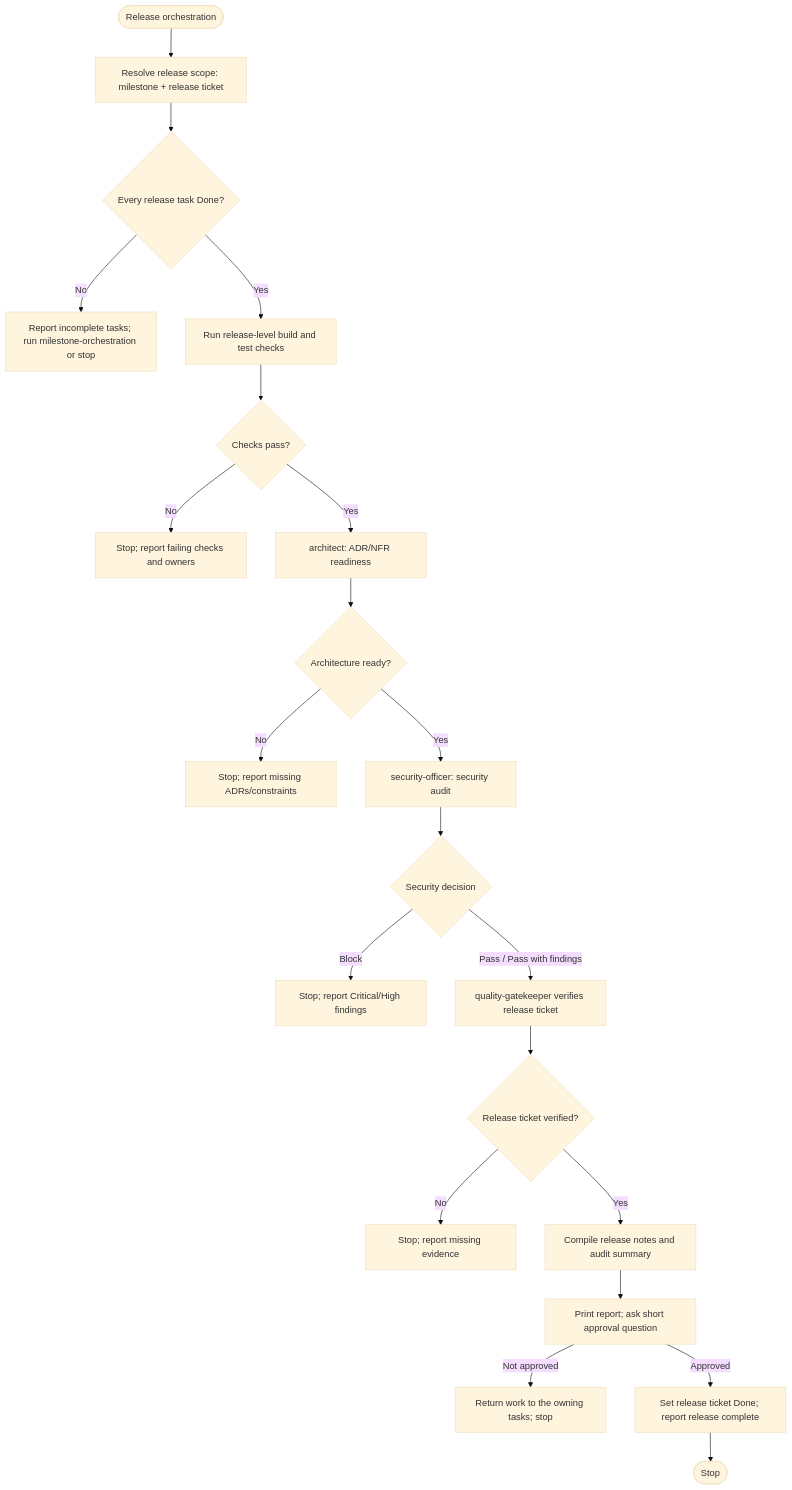
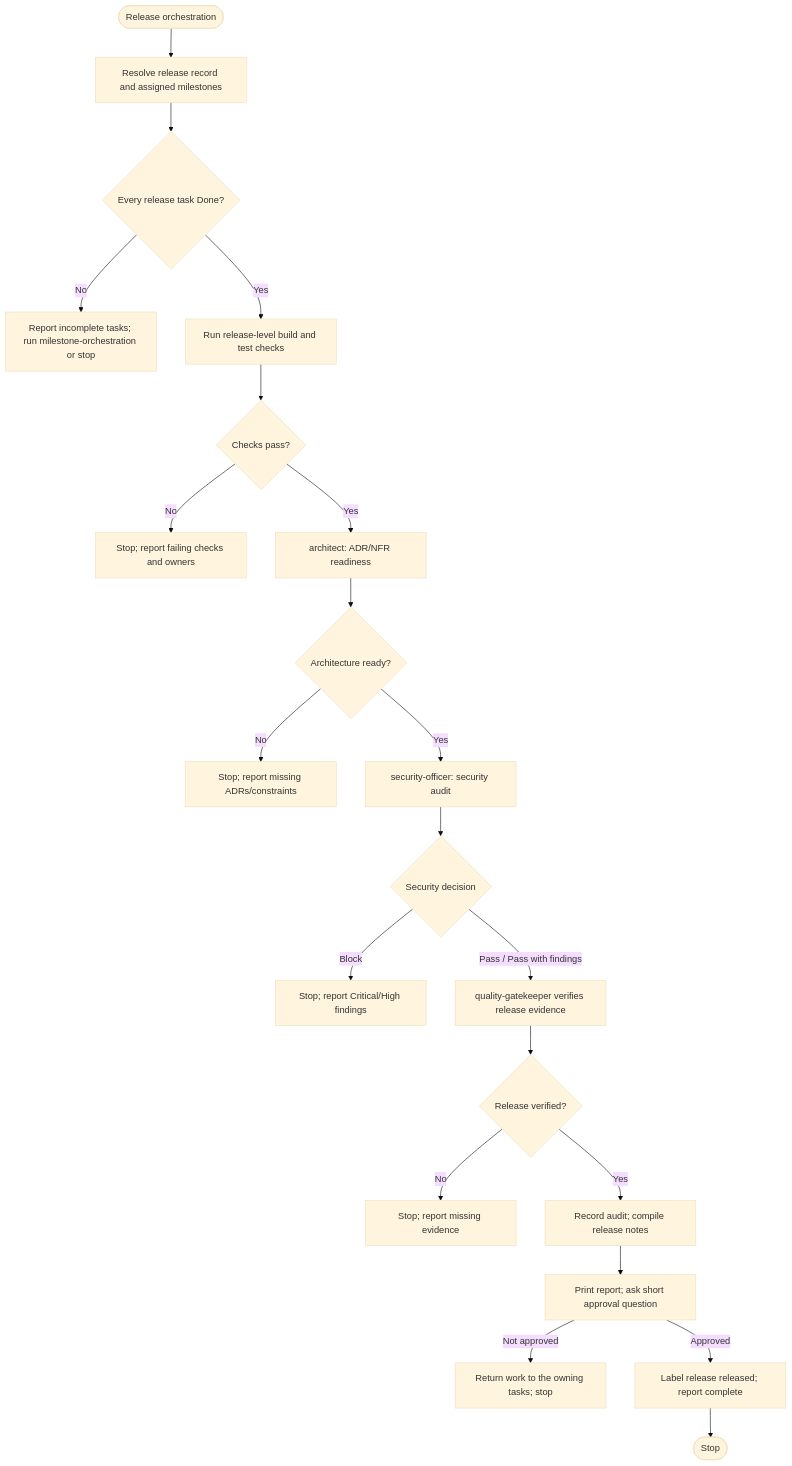
The fifth of 5 diagrams in workflows/orchestrator/README.md (lyndametref/opencode-dev-workflow), drawn with Mermaid (base theme) before and after one commit. The commit also changed other lines of this file and 65 other files, not shown here.

````diff
--- a/workflows/orchestrator/README.md
+++ b/workflows/orchestrator/README.md
@@ -198,23 +206,23 @@
 ```mermaid
 flowchart TD
-    REL([Release orchestration]) --> SCOPE["Resolve release scope: milestone + release ticket"]
+    REL([Release orchestration]) --> SCOPE["Resolve release record and assigned milestones"]
     SCOPE --> CHECK{"Every release task Done?"}
     CHECK -->|"No"| INCOMPLETE["Report incomplete tasks; run milestone-orchestration or stop"]
     CHECK -->|"Yes"| CHECKS["Run release-level build and test checks"]
     CHECKS --> TESTS{"Checks pass?"}
     TESTS -->|"No"| FAIL["Stop; report failing checks and owners"]
     TESTS -->|"Yes"| ARCH["architect: ADR/NFR readiness"]
     ARCH --> ARCHOK{"Architecture ready?"}
     ARCHOK -->|"No"| ABLOCK["Stop; report missing ADRs/constraints"]
     ARCHOK -->|"Yes"| SEC["security-officer: security audit"]
     SEC --> SDEC{"Security decision"}
     SDEC -->|"Block"| SBLOCK["Stop; report Critical/High findings"]
-    SDEC -->|"Pass / Pass with findings"| GATE["quality-gatekeeper verifies release ticket"]
-    GATE --> GATEDEC{"Release ticket verified?"}
-    GATEDEC -->|"No"| GBLOCK["Stop; report missing evidence"]
-    GATEDEC -->|"Yes"| NOTES["Compile release notes and audit summary"]
+    SDEC -->|"Pass / Pass with findings"| VERIFY["quality-gatekeeper verifies release evidence"]
+    VERIFY --> VDEC{"Release verified?"}
+    VDEC -->|"No"| GBLOCK["Stop; report missing evidence"]
+    VDEC -->|"Yes"| NOTES["Record audit; compile release notes"]
     NOTES --> APPROVE["Print report; ask short approval question"]
     APPROVE -->|"Not approved"| CHANGES["Return work to the owning tasks; stop"]
-    APPROVE -->|"Approved"| CLOSE["Set release ticket Done; report release complete"]
+    APPROVE -->|"Approved"| CLOSE["Label release released; report complete"]
     CLOSE --> END([Stop])
 ```
````
